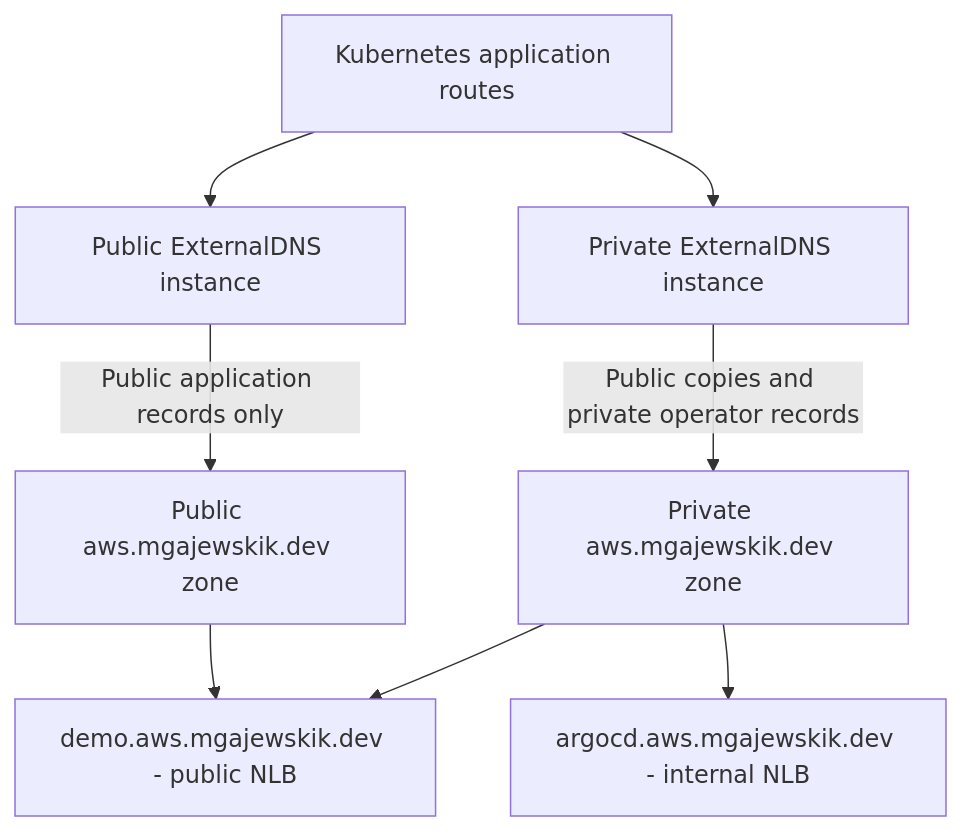
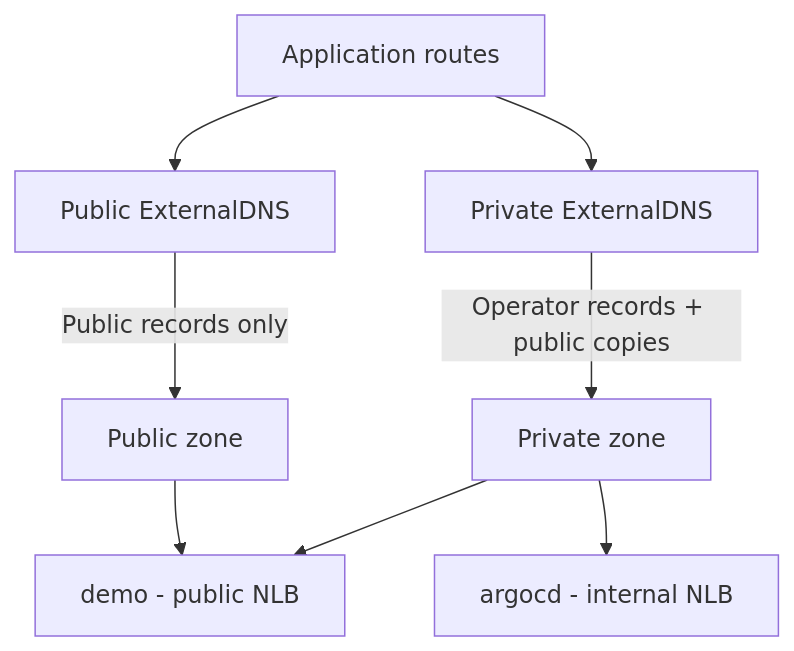
Before and after one commit to mgajewskik/aws-eks-platform: the third of 3 diagrams in ARCHITECTURE.md, drawn with Mermaid. The commit also changed other lines of this file and 13 other files, not shown here.

First line of the commit message:
docs: present the repository as a reusable reference architecture

````diff
--- a/ARCHITECTURE.md
+++ b/ARCHITECTURE.md
@@ -109,10 +91,10 @@
 ```mermaid
 flowchart TD
-    Routes[Kubernetes application routes] --> PublicDNS[Public ExternalDNS instance]
-    Routes --> PrivateDNS[Private ExternalDNS instance]
-    PublicDNS -->|Public application records only| PublicZone[Public aws.mgajewskik.dev zone]
-    PrivateDNS -->|Public copies and private operator records| PrivateZone[Private aws.mgajewskik.dev zone]
-    PublicZone --> Demo[demo.aws.mgajewskik.dev - public NLB]
+    Routes[Application routes] --> PublicDNS[Public ExternalDNS]
+    Routes --> PrivateDNS[Private ExternalDNS]
+    PublicDNS -->|Public records only| PublicZone[Public zone]
+    PrivateDNS -->|Operator records + public copies| PrivateZone[Private zone]
+    PublicZone --> Demo[demo - public NLB]
     PrivateZone --> Demo
-    PrivateZone --> Admin[argocd.aws.mgajewskik.dev - internal NLB]
+    PrivateZone --> Admin[argocd - internal NLB]
 ```
````
